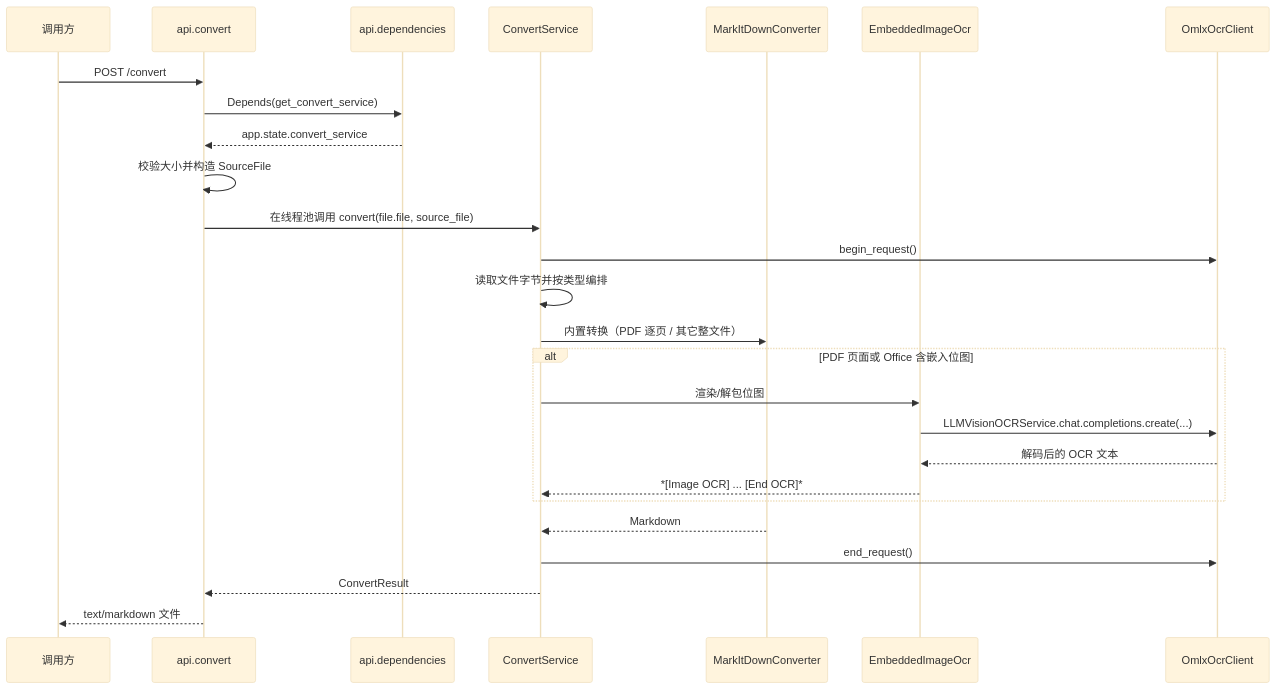
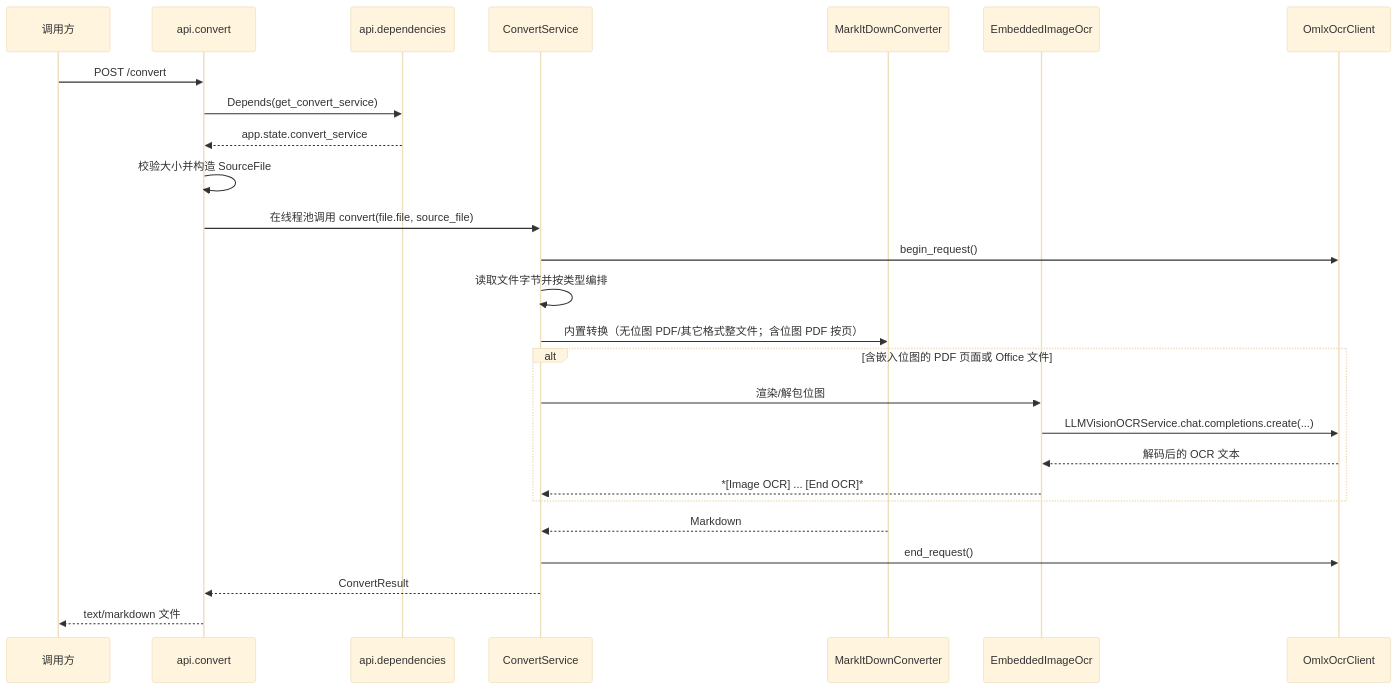
Before and after one commit to Jianshi-Lu/to-markdown: the second of 2 diagrams in docs/code-reference.md, drawn with Mermaid (base theme). The commit also changed other lines of this file and 5 other files, not shown here.

````diff
--- a/docs/code-reference.md
+++ b/docs/code-reference.md
@@ -139,29 +139,29 @@
 ```mermaid
 sequenceDiagram
     participant C as 调用方
     participant R as api.convert
     participant D as api.dependencies
     participant S as ConvertService
     participant M as MarkItDownConverter
     participant E as EmbeddedImageOcr
     participant O as OmlxOcrClient
 
     C->>R: POST /convert
     R->>D: Depends(get_convert_service)
     D-->>R: app.state.convert_service
     R->>R: 校验大小并构造 SourceFile
     R->>S: 在线程池调用 convert(file.file, source_file)
     S->>O: begin_request()
     S->>S: 读取文件字节并按类型编排
-    S->>M: 内置转换（PDF 逐页 / 其它整文件）
-    alt PDF 页面或 Office 含嵌入位图
+    S->>M: 内置转换（无位图 PDF/其它格式整文件；含位图 PDF 按页）
+    alt 含嵌入位图的 PDF 页面或 Office 文件
         S->>E: 渲染/解包位图
         E->>O: LLMVisionOCRService.chat.completions.create(...)
         O-->>E: 解码后的 OCR 文本
         E-->>S: *[Image OCR] ... [End OCR]*
     end
     M-->>S: Markdown
     S->>O: end_request()
     S-->>R: ConvertResult
     R-->>C: text/markdown 文件
 ```
````
